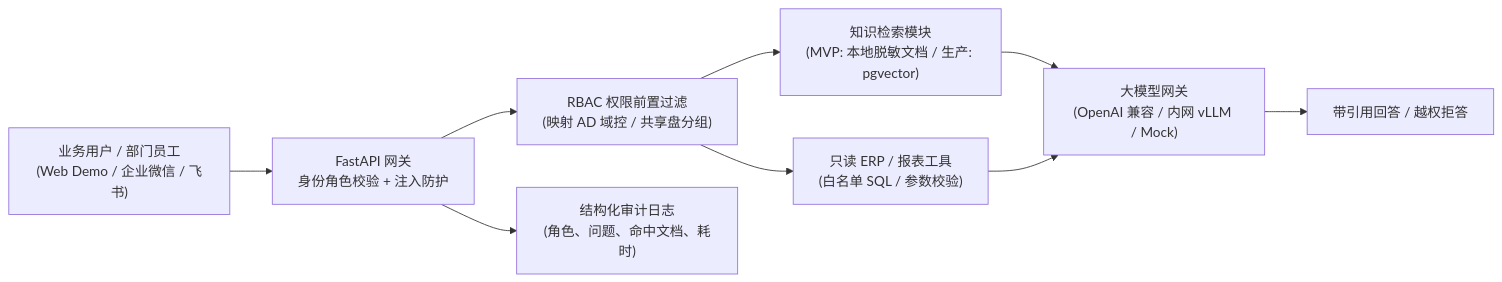
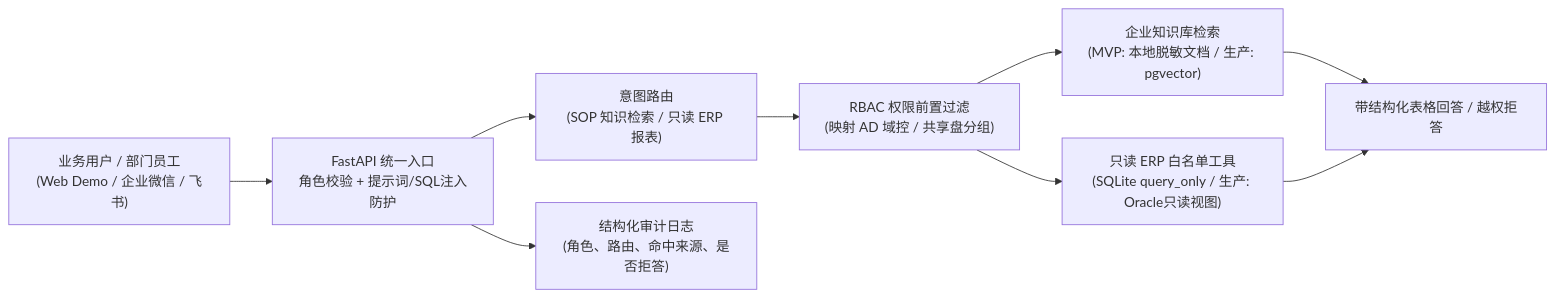
The diagram in README.md (aoguo1102/enterprise-ai-ops-agent), drawn with Mermaid before and after one commit. The commit also changed other lines of this file and 5 other files, not shown here.

Commit message:
feat: add read-only ERP whitelist report tools, RBAC routing, and CI badge

````diff
--- a/README.md
+++ b/README.md
@@ -11,11 +16,11 @@
 ```mermaid
 flowchart LR
-    U["业务用户 / 部门员工<br/>(Web Demo / 企业微信 / 飞书)"] --> GW["FastAPI 网关<br/>身份角色校验 + 注入防护"]
-    GW --> RBAC["RBAC 权限前置过滤<br/>(映射 AD 域控 / 共享盘分组)"]
-    RBAC --> RAG["知识检索模块<br/>(MVP: 本地脱敏文档 / 生产: pgvector)"]
-    RBAC --> ERP["只读 ERP / 报表工具<br/>(白名单 SQL / 参数校验)"]
-    RAG --> LLM["大模型网关<br/>(OpenAI 兼容 / 内网 vLLM / Mock)"]
-    ERP --> LLM
-    LLM --> OUT["带引用回答 / 越权拒答"]
-    GW --> AUD["结构化审计日志<br/>(角色、问题、命中文档、耗时)"]
+    U["业务用户 / 部门员工<br/>(Web Demo / 企业微信 / 飞书)"] --> GW["FastAPI 统一入口<br/>角色校验 + 提示词/SQL注入防护"]
+    GW --> RT["意图路由<br/>(SOP 知识检索 / 只读 ERP 报表)"]
+    RT --> RBAC["RBAC 权限前置过滤<br/>(映射 AD 域控 / 共享盘分组)"]
+    RBAC --> RAG["企业知识库检索<br/>(MVP: 本地脱敏文档 / 生产: pgvector)"]
+    RBAC --> ERP["只读 ERP 白名单工具<br/>(SQLite query_only / 生产: Oracle只读视图)"]
+    RAG --> OUT["带引用回答 / 越权拒答"]
+    ERP --> OUT["带结构化表格回答 / 越权拒答"]
+    GW --> AUD["结构化审计日志<br/>(角色、路由、命中来源、是否拒答)"]
 ```
````
